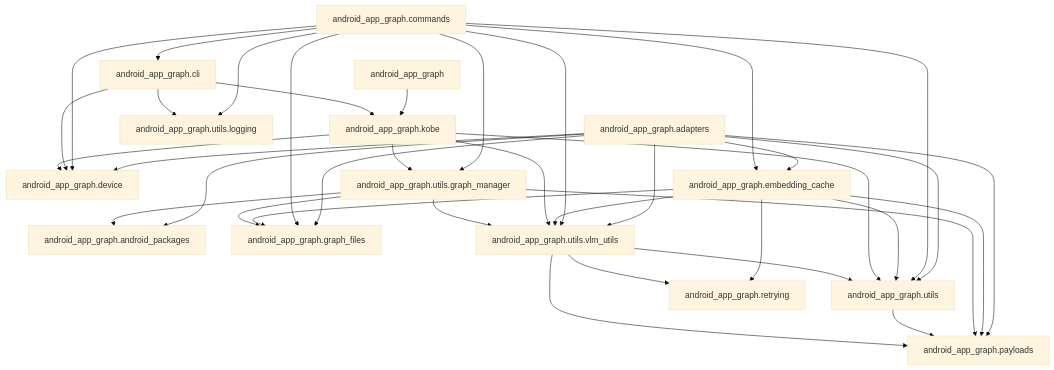
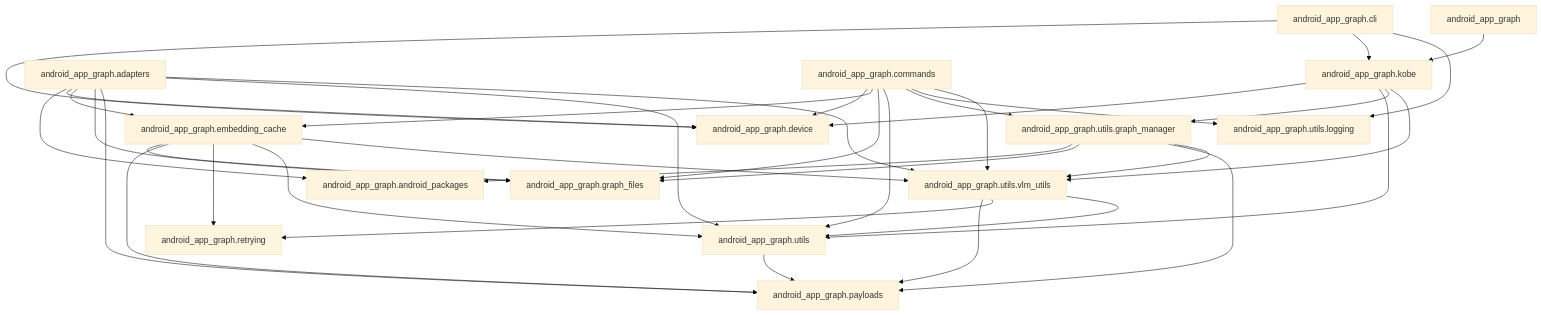
One commit to john-agi/Android-App-Graph changed the diagram in README.md. Above: the diagram before and after it, drawn with Mermaid (base theme). The commit also changed other lines of this file and 10 other files, not shown here.

````diff
--- a/README.md
+++ b/README.md
@@ -67,39 +67,38 @@
 ```mermaid
 graph TD;
     pkg["android_app_graph"] --> kobe["android_app_graph.kobe"];
     adapters["android_app_graph.adapters"] --> pkgs["android_app_graph.android_packages"];
     adapters --> dev["android_app_graph.device"];
     adapters --> ec["android_app_graph.embedding_cache"];
     adapters --> gf["android_app_graph.graph_files"];
     adapters --> pay["android_app_graph.payloads"];
     adapters --> utils["android_app_graph.utils"];
     adapters --> vlm["android_app_graph.utils.vlm_utils"];
-    cmd["android_app_graph.commands"] --> cli["android_app_graph.cli"];
-    cmd --> dev;
+    cmd["android_app_graph.commands"] --> dev;
     cmd --> ec;
     cmd --> gf;
     cmd --> utils;
     cmd --> gm["android_app_graph.utils.graph_manager"];
     cmd --> logging["android_app_graph.utils.logging"];
     cmd --> vlm;
-    cli --> dev;
+    cli["android_app_graph.cli"] --> dev;
     cli --> kobe;
     cli --> logging;
     ec --> gf;
     ec --> pay;
     ec --> retry["android_app_graph.retrying"];
     ec --> utils;
     ec --> vlm;
     kobe --> dev;
     kobe --> utils;
     kobe --> gm;
     kobe --> vlm;
     gm --> pkgs;
     gm --> gf;
     gm --> pay;
     gm --> vlm;
     utils --> pay;
     vlm --> pay;
     vlm --> retry;
     vlm --> utils;
 ```
````
